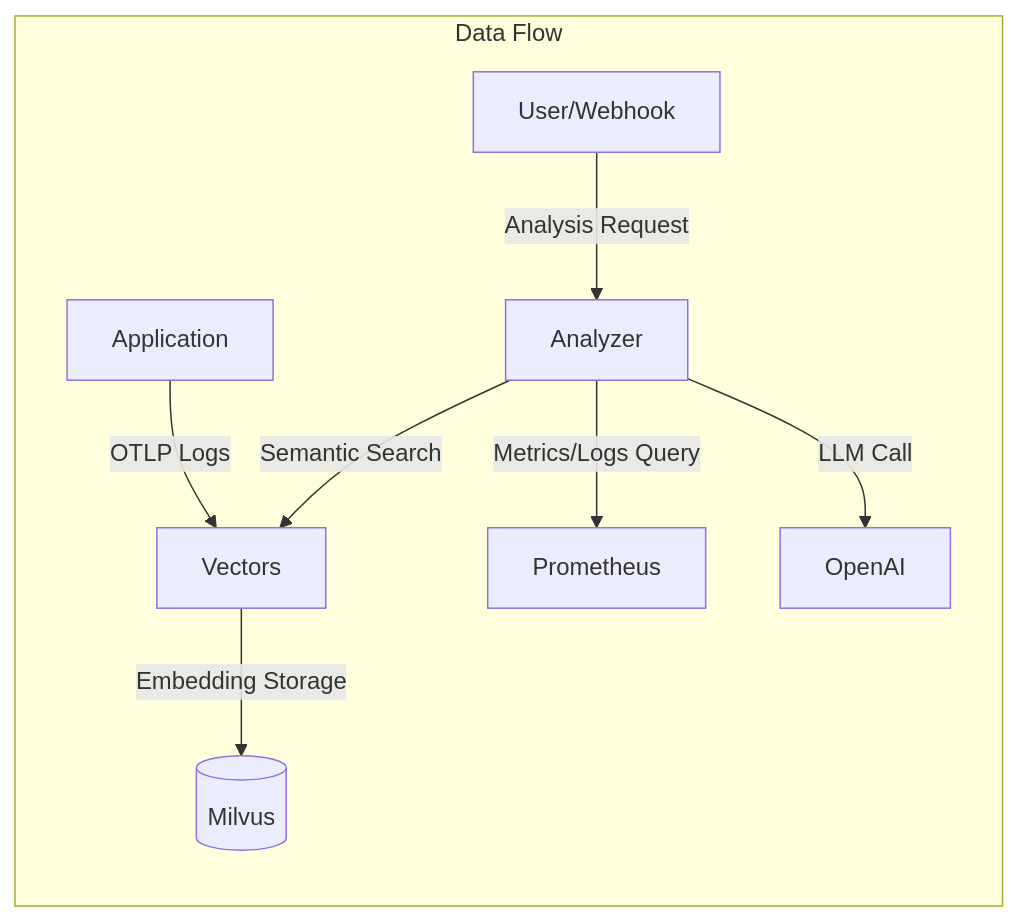
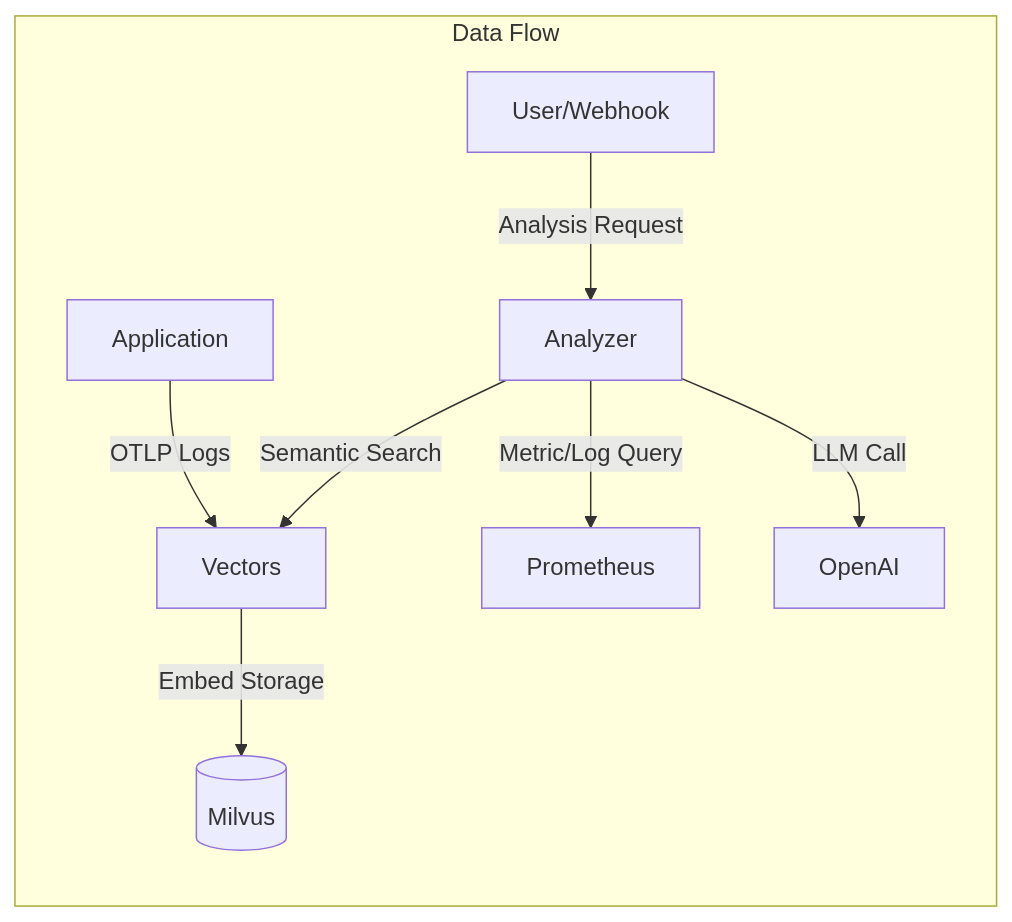
The first of 2 diagrams in src/content/blog/meerkat-deep-dive/en.md (mandacode-labs/mandacode-devs), drawn with Mermaid before and after one commit. The commit also changed other lines of this file and 28 other files, not shown here.

````diff
--- a/src/content/blog/meerkat-deep-dive/en.md
+++ b/src/content/blog/meerkat-deep-dive/en.md
@@ -39,11 +37,11 @@
 ```mermaid
 graph LR
     subgraph "Data Flow"
         App[Application] -- OTLP Logs --> Vectors
-        Vectors -- Embedding Storage --> Milvus[(Milvus)]
+        Vectors -- Embed Storage --> Milvus[(Milvus)]
         Client[User/Webhook] -- Analysis Request --> Analyzer
         Analyzer -- Semantic Search --> Vectors
-        Analyzer -- Metrics/Logs Query --> Prometheus
+        Analyzer -- Metric/Log Query --> Prometheus
         Analyzer -- LLM Call --> OpenAI
     end
 ```
````
